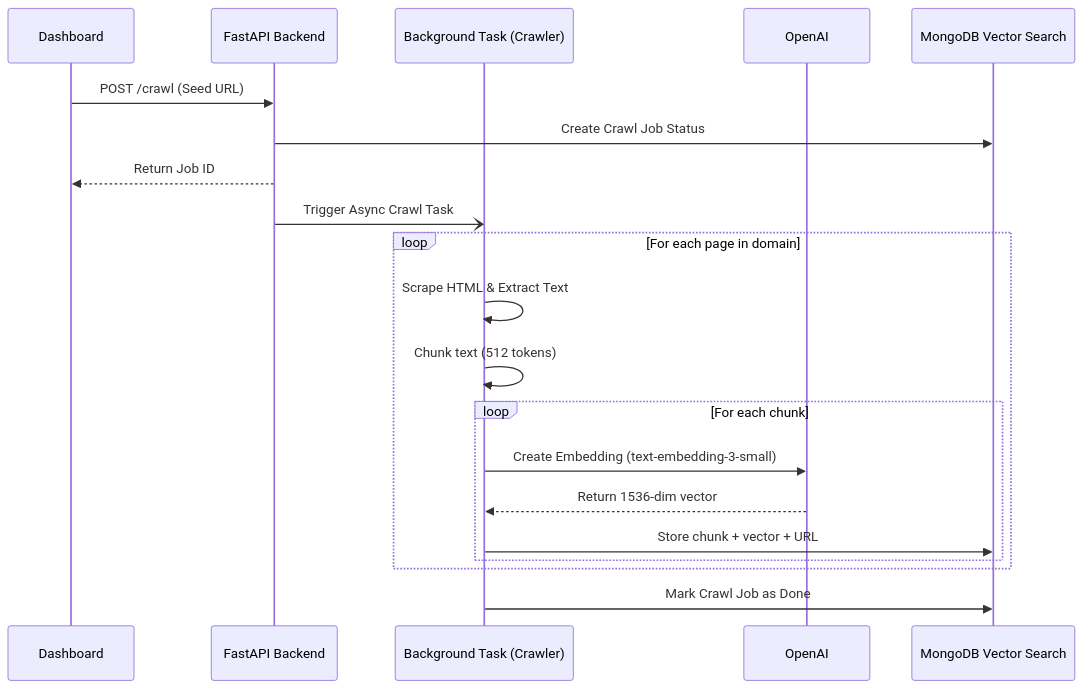
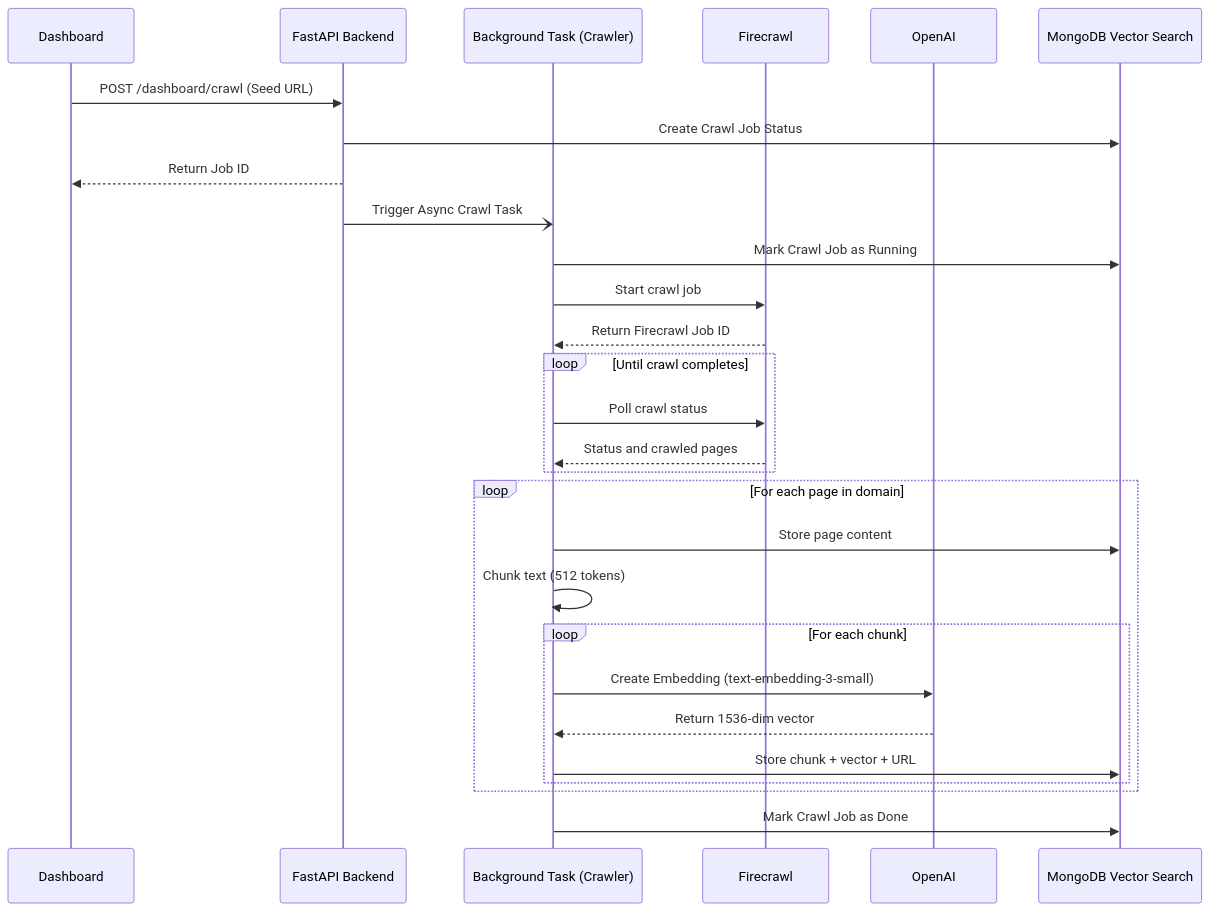
One commit to Himanshu-Jha-rgb/AI_Chatbot_widget changed the second of 3 diagrams in README.md. Above: the diagram before and after it, drawn with Mermaid. The commit also changed other lines of this file and 1 other file, not shown here.

Commit message:
docs: update README and .env.example for Firecrawl integration and environment setup

````diff
--- a/README.md
+++ b/README.md
@@ -21,24 +24,33 @@
 ```mermaid
 sequenceDiagram
     participant Dashboard
     participant API as FastAPI Backend
     participant Crawler as Background Task (Crawler)
+    participant Firecrawl
     participant OpenAI
     participant DB as MongoDB Vector Search
     
-    Dashboard->>API: POST /crawl (Seed URL)
+    Dashboard->>API: POST /dashboard/crawl (Seed URL)
     API->>DB: Create Crawl Job Status
     API-->>Dashboard: Return Job ID
     API-)Crawler: Trigger Async Crawl Task
+    Crawler->>DB: Mark Crawl Job as Running
+    Crawler->>Firecrawl: Start crawl job
+    Firecrawl-->>Crawler: Return Firecrawl Job ID
+    
+    loop Until crawl completes
+        Crawler->>Firecrawl: Poll crawl status
+        Firecrawl-->>Crawler: Status and crawled pages
+    end
     
     loop For each page in domain
-        Crawler->>Crawler: Scrape HTML & Extract Text
+        Crawler->>DB: Store page content
         Crawler->>Crawler: Chunk text (512 tokens)
         loop For each chunk
             Crawler->>OpenAI: Create Embedding (text-embedding-3-small)
             OpenAI-->>Crawler: Return 1536-dim vector
             Crawler->>DB: Store chunk + vector + URL
         end
     end
     Crawler->>DB: Mark Crawl Job as Done
 ```
````
